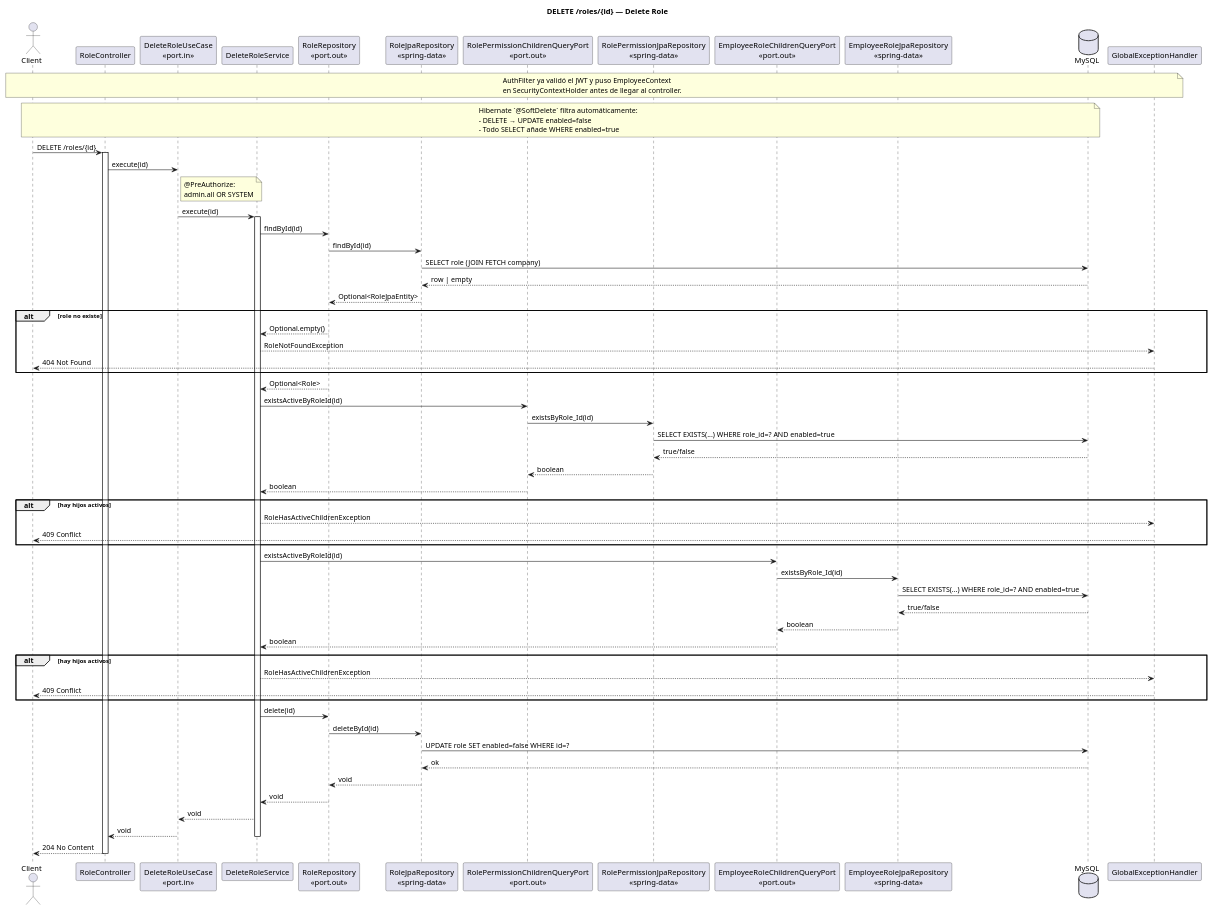
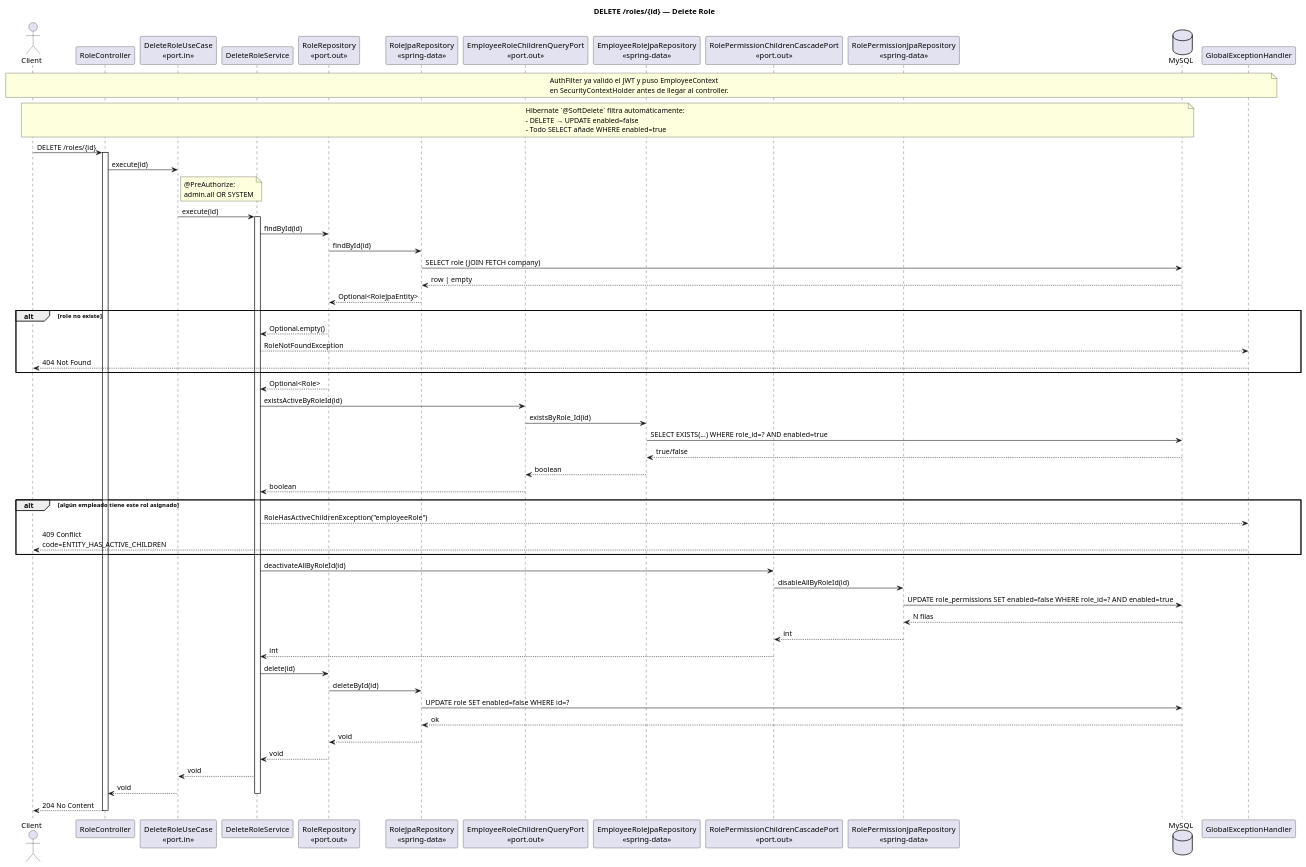
The diagram in uml/sequenceDiagram/role/delete.puml (kefaroTech/vetsoftware-backend), drawn with PlantUML before and after one commit. The commit also changed 7 other files, not shown here.

First line of the commit message:
:recycle: refactor(role): cascade-delete de rolePermissions al borrar Role

```diff
--- a/uml/sequenceDiagram/role/delete.puml
+++ b/uml/sequenceDiagram/role/delete.puml
@@ -1,87 +1,83 @@
 @startuml role_delete
 title DELETE /roles/{id} — Delete Role
 
 actor Client
 participant "RoleController" as Controller
 participant "DeleteRoleUseCase\n<<port.in>>" as UseCase
 participant "DeleteRoleService" as Service
 participant "RoleRepository\n<<port.out>>" as Repo
 participant "RoleJpaRepository\n<<spring-data>>" as JpaRepo
-participant "RolePermissionChildrenQueryPort\n<<port.out>>" as RolePermPort
-participant "RolePermissionJpaRepository\n<<spring-data>>" as RolePermJpaRepo
 participant "EmployeeRoleChildrenQueryPort\n<<port.out>>" as EmpRolePort
 participant "EmployeeRoleJpaRepository\n<<spring-data>>" as EmpRoleJpaRepo
+participant "RolePermissionChildrenCascadePort\n<<port.out>>" as CascadePort
+participant "RolePermissionJpaRepository\n<<spring-data>>" as RolePermJpaRepo
 database "MySQL" as DB
 participant "GlobalExceptionHandler" as GEH
 
 note over Client, GEH
   AuthFilter ya validó el JWT y puso EmployeeContext
   en SecurityContextHolder antes de llegar al controller.
 end note
 
 note over Client, DB
   Hibernate `@SoftDelete` filtra automáticamente:
   - DELETE → UPDATE enabled=false
   - Todo SELECT añade WHERE enabled=true
 end note
 
 Client -> Controller : DELETE /roles/{id}
 activate Controller
 
 Controller -> UseCase : execute(id)
 note right of UseCase
   @PreAuthorize:
   admin.all OR SYSTEM
 end note
 UseCase -> Service : execute(id)
 activate Service
 
 Service -> Repo : findById(id)
 Repo -> JpaRepo : findById(id)
 JpaRepo -> DB : SELECT role (JOIN FETCH company)
 DB --> JpaRepo : row | empty
 JpaRepo --> Repo : Optional<RoleJpaEntity>
 alt role no existe
   Repo --> Service : Optional.empty()
   Service --> GEH : RoleNotFoundException
   GEH --> Client : 404 Not Found
 end
 Repo --> Service : Optional<Role>
 
-Service -> RolePermPort : existsActiveByRoleId(id)
-RolePermPort -> RolePermJpaRepo : existsByRole_Id(id)
-RolePermJpaRepo -> DB : SELECT EXISTS(...) WHERE role_id=? AND enabled=true
-DB --> RolePermJpaRepo : true/false
-RolePermJpaRepo --> RolePermPort : boolean
-RolePermPort --> Service : boolean
-alt hay hijos activos
-  Service --> GEH : RoleHasActiveChildrenException
-  GEH --> Client : 409 Conflict
-end
-
 Service -> EmpRolePort : existsActiveByRoleId(id)
 EmpRolePort -> EmpRoleJpaRepo : existsByRole_Id(id)
 EmpRoleJpaRepo -> DB : SELECT EXISTS(...) WHERE role_id=? AND enabled=true
 DB --> EmpRoleJpaRepo : true/false
 EmpRoleJpaRepo --> EmpRolePort : boolean
 EmpRolePort --> Service : boolean
-alt hay hijos activos
-  Service --> GEH : RoleHasActiveChildrenException
-  GEH --> Client : 409 Conflict
+alt algún empleado tiene este rol asignado
+  Service --> GEH : RoleHasActiveChildrenException("employeeRole")
+  GEH --> Client : 409 Conflict\ncode=ENTITY_HAS_ACTIVE_CHILDREN
 end
+
+Service -> CascadePort : deactivateAllByRoleId(id)
+CascadePort -> RolePermJpaRepo : disableAllByRoleId(id)
+RolePermJpaRepo -> DB : UPDATE role_permissions SET enabled=false WHERE role_id=? AND enabled=true
+DB --> RolePermJpaRepo : N filas
+RolePermJpaRepo --> CascadePort : int
+CascadePort --> Service : int
 
 Service -> Repo : delete(id)
 Repo -> JpaRepo : deleteById(id)
 JpaRepo -> DB : UPDATE role SET enabled=false WHERE id=?
 DB --> JpaRepo : ok
 JpaRepo --> Repo : void
 Repo --> Service : void
 
 Service --> UseCase : void
 UseCase --> Controller : void
 deactivate Service
 
 Controller --> Client : 204 No Content
 deactivate Controller
 
 @enduml
```
